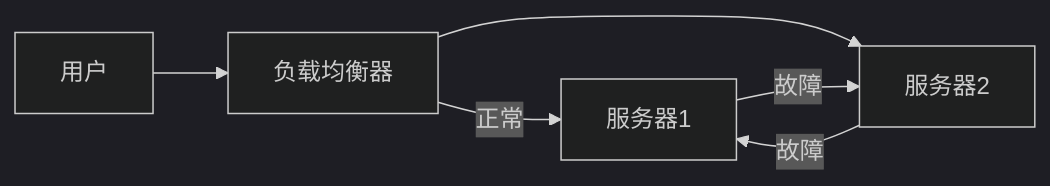
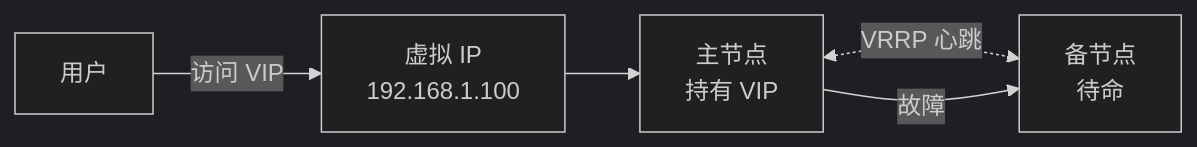
Before and after one commit to before80/prgms: the first of 9 diagrams in content/linux/load_balance_high_availability/Chapter-64-High-Availability.md, drawn with Mermaid (dark theme). The commit also changed other lines of this file and 1645 other files, not shown here.

````diff
--- a/content/linux/load_balance_high_availability/Chapter-64-High-Availability.md
+++ b/content/linux/load_balance_high_availability/Chapter-64-High-Availability.md
@@ -22,8 +22,7 @@
 ```mermaid
 graph LR
-    A[用户] --> LB[负载均衡器]
-    LB -->|正常| S1[服务器1]
-    LB --> S2[服务器2]
-    S1 -->|故障| S2
-    S2 -->|故障| S1
+    A[用户] -->|访问 VIP| VIP[虚拟 IP<br/>192.168.1.100]
+    VIP --> M[主节点<br/>持有 VIP]
+    M <-.->|VRRP 心跳| B[备节点<br/>待命]
+    M -->|故障| B
 ```
````
